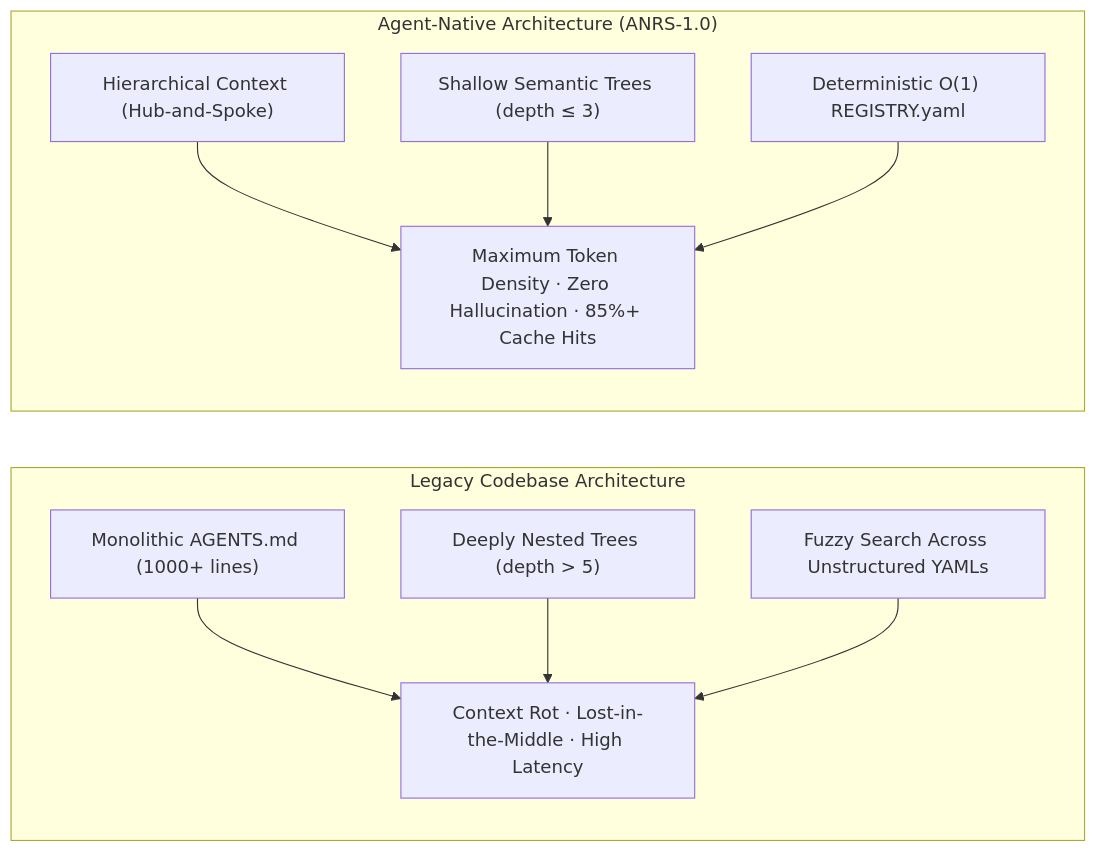
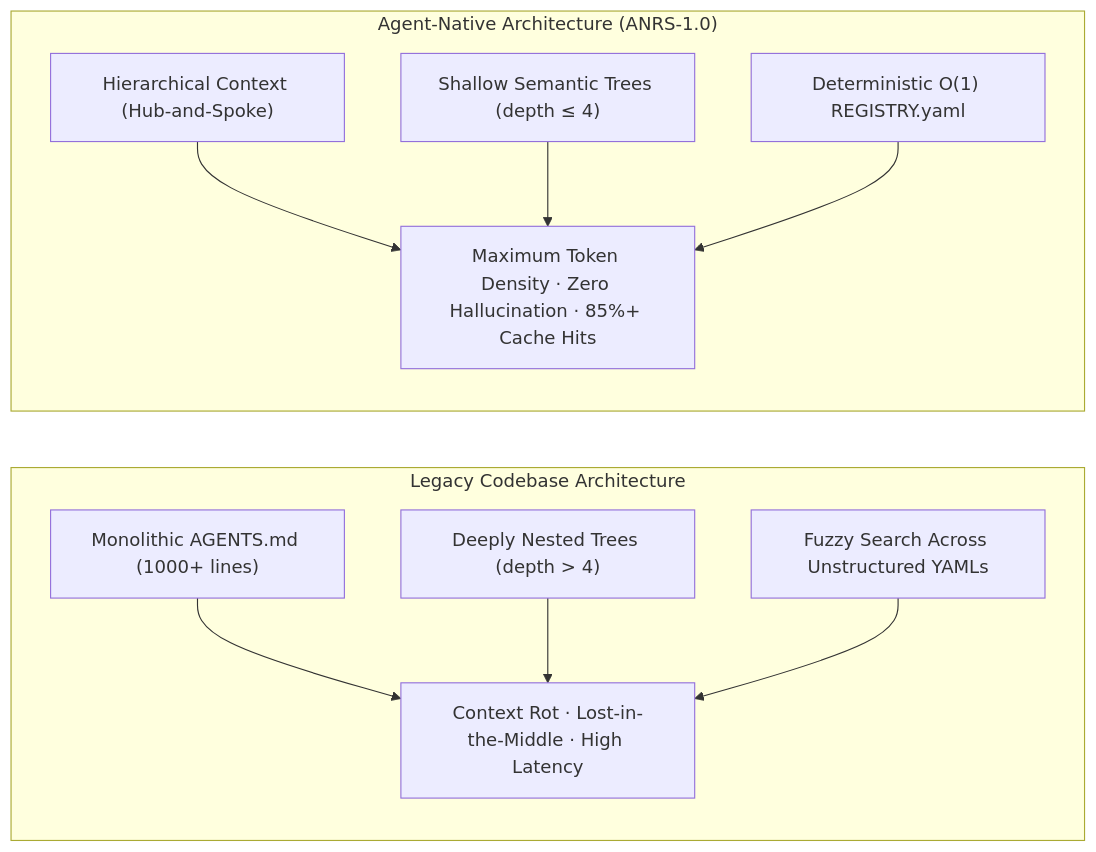
One commit to LFTPadilla/agent-dev-kit changed the first of 2 diagrams in docs/agent-native-architecture.md. Above: the diagram before and after it, drawn with Mermaid. The commit also changed other lines of this file and 10 other files, not shown here.

````diff
--- a/docs/agent-native-architecture.md
+++ b/docs/agent-native-architecture.md
@@ -15,16 +15,16 @@
 ```mermaid
 graph LR
     subgraph Legacy ["Legacy Codebase Architecture"]
         L1["Monolithic AGENTS.md (1000+ lines)"]
-        L2["Deeply Nested Trees (depth > 5)"]
+        L2["Deeply Nested Trees (depth > 4)"]
         L3["Fuzzy Search Across Unstructured YAMLs"]
         L1 & L2 & L3 --> Fail["Context Rot · Lost-in-the-Middle · High Latency"]
     end
 
     subgraph AgentNative ["Agent-Native Architecture (ANRS-1.0)"]
         A1["Hierarchical Context (Hub-and-Spoke)"]
-        A2["Shallow Semantic Trees (depth ≤ 3)"]
+        A2["Shallow Semantic Trees (depth ≤ 4)"]
         A3["Deterministic O(1) REGISTRY.yaml"]
         A1 & A2 & A3 --> Win["Maximum Token Density · Zero Hallucination · 85%+ Cache Hits"]
     end
 ```
````
